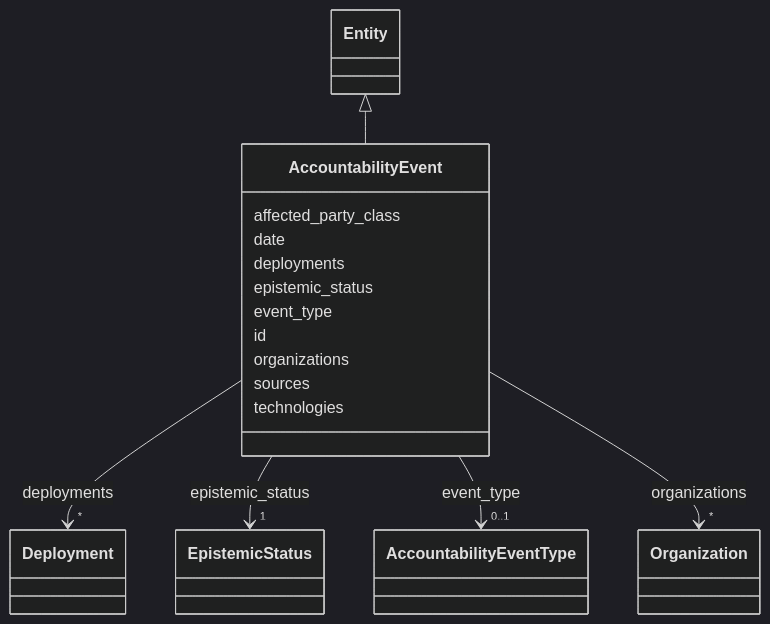
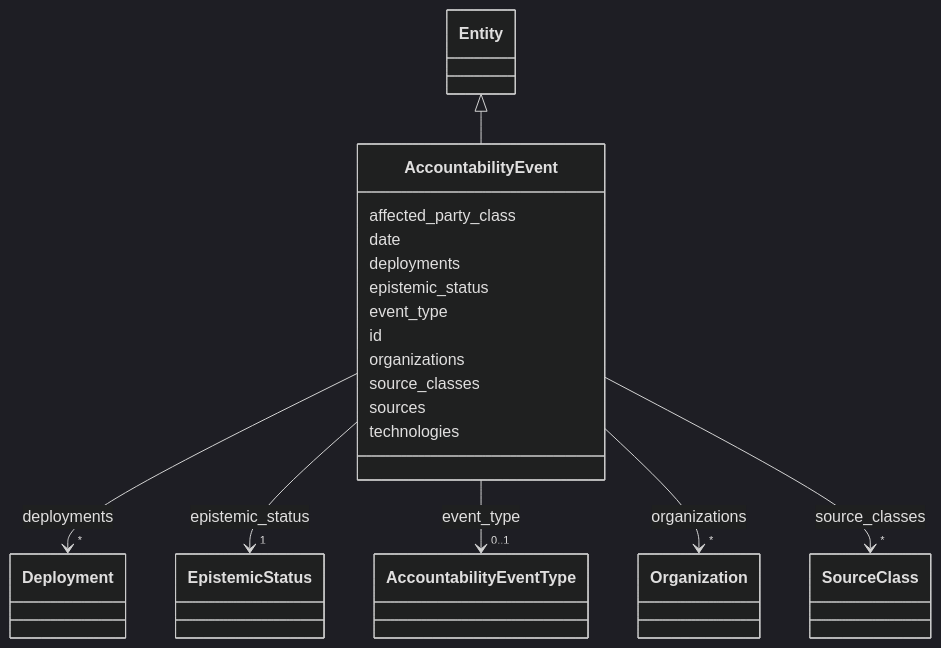
The diagram in ontology/generated/docs/classes/AccountabilityEvent.md (SteveVitali/Eleutheria), drawn with Mermaid (dark theme) before and after one commit. The commit also changed other lines of this file and 20 other files, not shown here.

First line of the commit message:
P13.1: accountability events and the accountability connector — required, verbatim epistemic_status; six-source-class evidence links; Atlas/Abuse Library/CourtListener

````diff
--- a/ontology/generated/docs/classes/AccountabilityEvent.md
+++ b/ontology/generated/docs/classes/AccountabilityEvent.md
@@ -23,63 +23,74 @@
 ```mermaid
  classDiagram
     class AccountabilityEvent
     click AccountabilityEvent href "../../classes/AccountabilityEvent/"
       Entity <|-- AccountabilityEvent
         click Entity href "../../classes/Entity/"
       
       AccountabilityEvent : affected_party_class
         
       AccountabilityEvent : date
         
       AccountabilityEvent : deployments
         
           
     
         
         
         AccountabilityEvent --> "*" Deployment : deployments
         click Deployment href "../../classes/Deployment/"
     
 
         
       AccountabilityEvent : epistemic_status
         
           
     
         
         
         AccountabilityEvent --> "1" EpistemicStatus : epistemic_status
         click EpistemicStatus href "../../enums/EpistemicStatus/"
     
 
         
       AccountabilityEvent : event_type
         
           
     
         
         
         AccountabilityEvent --> "0..1" AccountabilityEventType : event_type
         click AccountabilityEventType href "../../enums/AccountabilityEventType/"
     
 
         
       AccountabilityEvent : id
         
       AccountabilityEvent : organizations
         
           
     
         
         
         AccountabilityEvent --> "*" Organization : organizations
         click Organization href "../../classes/Organization/"
     
 
         
+      AccountabilityEvent : source_classes
+        
+          
+    
+        
+        
+        AccountabilityEvent --> "*" SourceClass : source_classes
+        click SourceClass href "../../enums/SourceClass/"
+    
+
+        
       AccountabilityEvent : sources
         
       AccountabilityEvent : technologies
         
       
 ```
````
